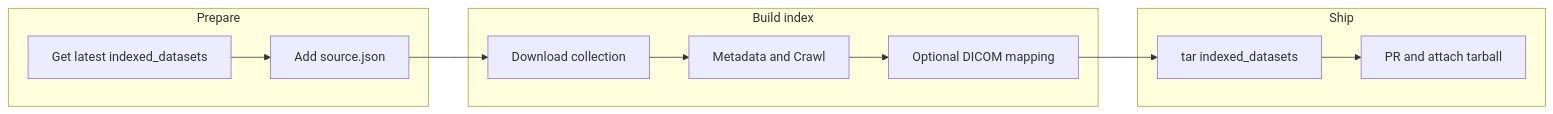
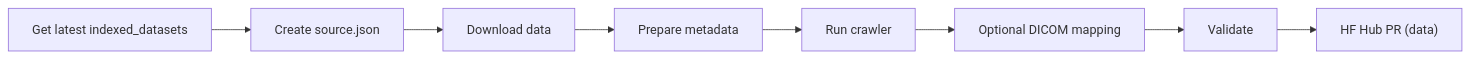
The diagram in docs/UPDATING_INDEX.md (bhklab/med-image_index), drawn with Mermaid before and after one commit. The commit also changed other lines of this file and 6 other files, not shown here.

````diff
--- a/docs/UPDATING_INDEX.md
+++ b/docs/UPDATING_INDEX.md
@@ -12,17 +9,10 @@
 ```mermaid
 flowchart LR
-  subgraph prep [Prepare]
-    A[Get latest indexed_datasets]
-    B[Add source.json]
-  end
-  subgraph build [Build index]
-    C[Download collection]
-    D[Metadata and Crawl]
-    E[Optional DICOM mapping]
-  end
-  subgraph ship [Ship]
-    F[tar indexed_datasets]
-    G[PR and attach tarball]
-  end
-  A --> B --> C --> D --> E --> F --> G
+  A[Get latest indexed_datasets] --> B[Create source.json]
+  B --> C[Download data]
+  C --> D[Prepare metadata]
+  D --> E[Run crawler]
+  E --> F[Optional DICOM mapping]
+  F --> G[Validate]
+  G --> H["HF Hub PR (data)"]
 ```
````
